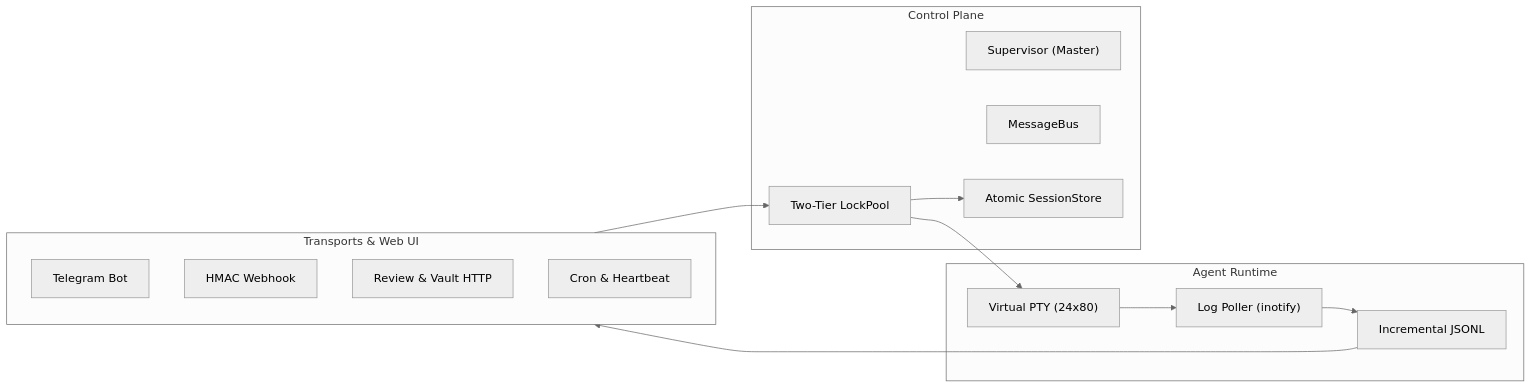
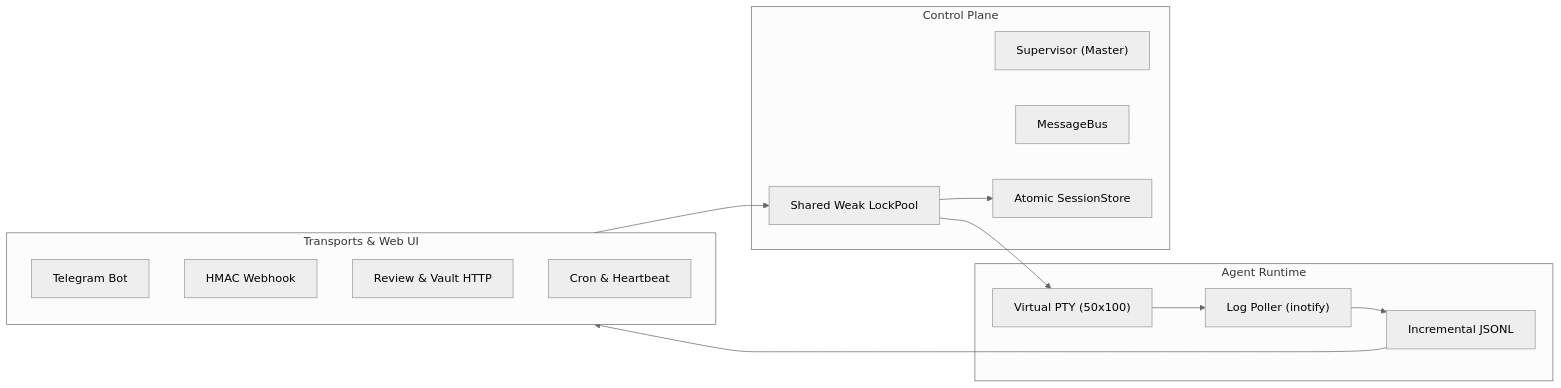
One commit to imwoo90/tuner changed the diagram in README.md. Above: the diagram before and after it, drawn with Mermaid (neutral theme). The commit also changed other lines of this file and 124 other files, not shown here.

````diff
--- a/README.md
+++ b/README.md
@@ -171,29 +171,29 @@
 ```mermaid
 graph LR
     subgraph Ingress["Transports & Web UI"]
         TG["Telegram Bot"]
         WH["HMAC Webhook"]
         RV["Review & Vault HTTP"]
         Cron["Cron & Heartbeat"]
     end
 
     subgraph Core["Control Plane"]
         Super["Supervisor (Master)"]
         Bus["MessageBus"]
-        Lock["Two-Tier LockPool"]
+        Lock["Shared Weak LockPool"]
         Store["Atomic SessionStore"]
     end
 
     subgraph Runtime["Agent Runtime"]
-        PTY["Virtual PTY (24x80)"]
+        PTY["Virtual PTY (50x100)"]
         Poller["Log Poller (inotify)"]
         Parser["Incremental JSONL"]
     end
 
     Ingress --> Lock
     Lock --> Store
     Lock --> PTY
     PTY --> Poller
     Poller --> Parser
     Parser --> Ingress
 ```
````
